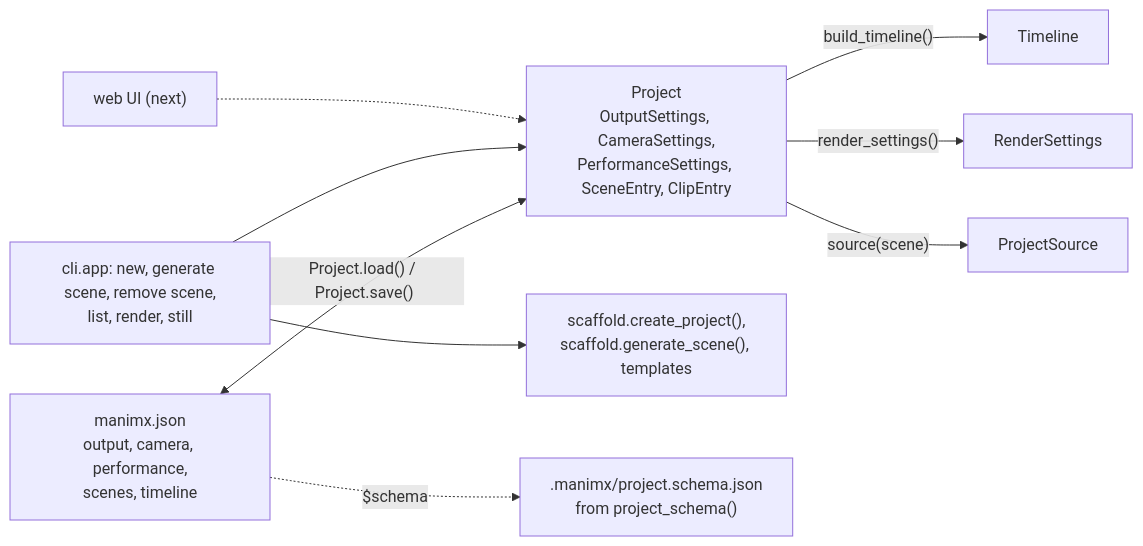
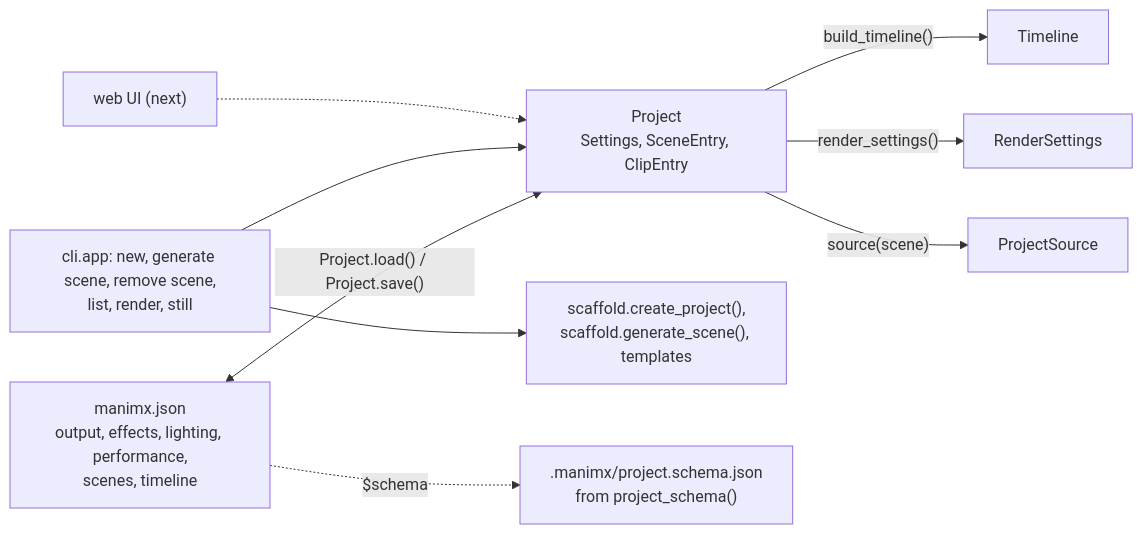
The eighth of 8 diagrams in manimx/ARCHITECTURE.md (MrDiver/manim), drawn with Mermaid before and after one commit. The commit also changed other lines of this file and 12 other files, not shown here.

````diff
--- a/manimx/ARCHITECTURE.md
+++ b/manimx/ARCHITECTURE.md
@@ -631,11 +632,11 @@
 ```mermaid
 flowchart LR
-    J["manimx.json<br/>output, camera, performance,<br/>scenes, timeline"] <-->|"Project.load() / Project.save()"| P["Project<br/>OutputSettings, CameraSettings,<br/>PerformanceSettings, SceneEntry, ClipEntry"]
+    J["manimx.json<br/>output, effects, lighting, performance,<br/>scenes, timeline"] <-->|"Project.load() / Project.save()"| P["Project<br/>Settings, SceneEntry, ClipEntry"]
     P -->|"build_timeline()"| TL["Timeline"]
     P -->|"render_settings()"| RS["RenderSettings"]
     P -->|"source(scene)"| PSrc["ProjectSource"]
     CLI["cli.app: new, generate scene, remove scene,<br/>list, render, still"] --> P
     CLI --> Scaffold["scaffold.create_project(),<br/>scaffold.generate_scene(), templates"]
     UI["web UI (next)"] -.-> P
     J -.->|"$schema"| Schema[".manimx/project.schema.json<br/>from project_schema()"]
 ```
````
